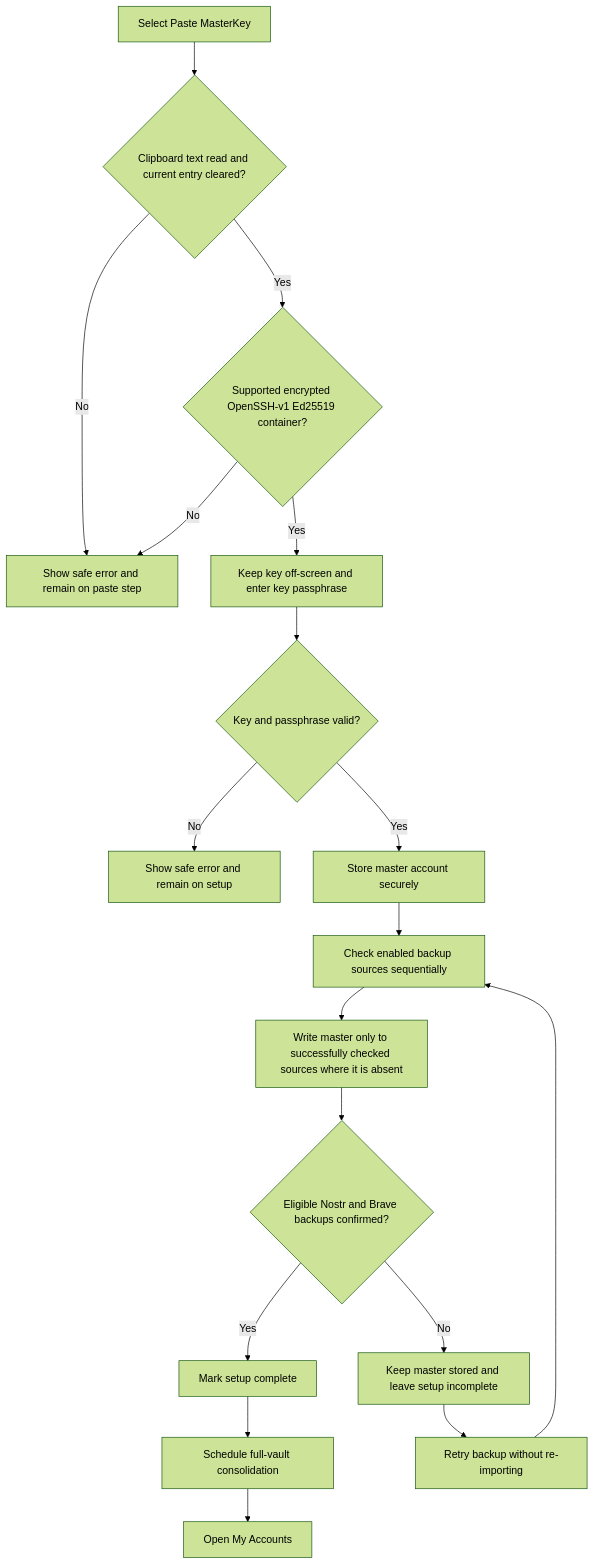
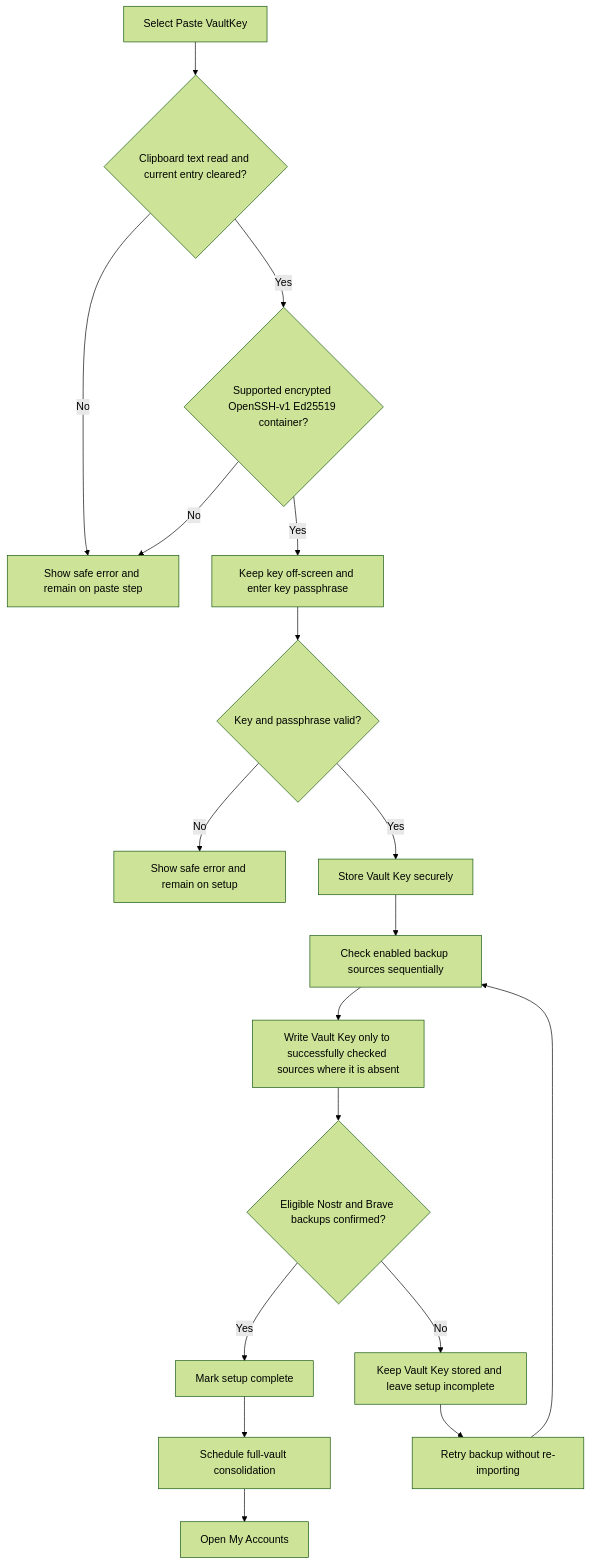
The second of 6 diagrams in docs/stakeholder/flowcharts.md (ZenTenApp/vault-kotlin), drawn with Mermaid (forest theme) before and after one commit. The commit also changed other lines of this file and 74 other files, not shown here.

Commit message:
refactor(vault-key): replace master terminology

````diff
--- a/docs/stakeholder/flowcharts.md
+++ b/docs/stakeholder/flowcharts.md
@@ -75,20 +75,20 @@
 ```mermaid
 flowchart TD
-    Start["Select Paste MasterKey"] --> Clipboard{"Clipboard text read and current entry cleared?"}
+    Start["Select Paste VaultKey"] --> Clipboard{"Clipboard text read and current entry cleared?"}
     Clipboard -->|No| PasteError["Show safe error and remain on paste step"]
     Clipboard -->|Yes| KeyFormat{"Supported encrypted OpenSSH-v1 Ed25519 container?"}
     KeyFormat -->|No| PasteError
     KeyFormat -->|Yes| Passphrase["Keep key off-screen and enter key passphrase"]
     Passphrase --> Validate{"Key and passphrase valid?"}
     Validate -->|No| Error["Show safe error and remain on setup"]
-    Validate -->|Yes| Store["Store master account securely"]
+    Validate -->|Yes| Store["Store Vault Key securely"]
     Store --> Sources["Check enabled backup sources sequentially"]
-    Sources --> Missing["Write master only to successfully checked sources where it is absent"]
+    Sources --> Missing["Write Vault Key only to successfully checked sources where it is absent"]
     Missing --> Quorum{"Eligible Nostr and Brave backups confirmed?"}
     Quorum -->|Yes| Complete["Mark setup complete"]
     Complete --> Schedule["Schedule full-vault consolidation"]
     Schedule --> Accounts["Open My Accounts"]
-    Quorum -->|No| Incomplete["Keep master stored and leave setup incomplete"]
+    Quorum -->|No| Incomplete["Keep Vault Key stored and leave setup incomplete"]
     Incomplete --> Retry["Retry backup without re-importing"]
     Retry --> Sources
 ```
````
